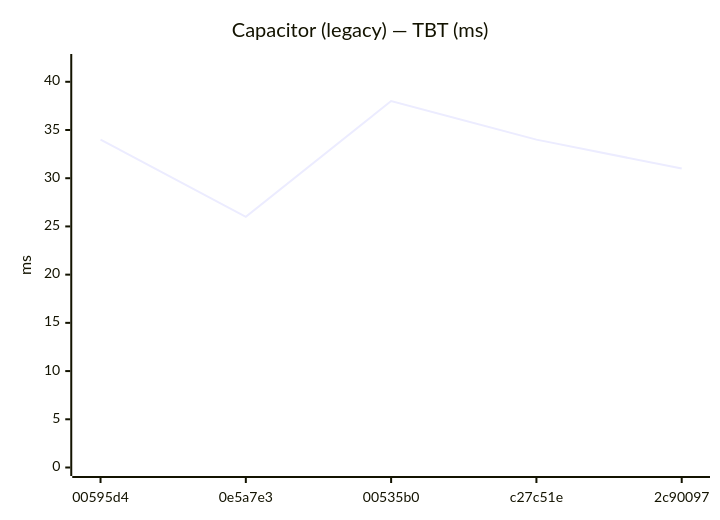
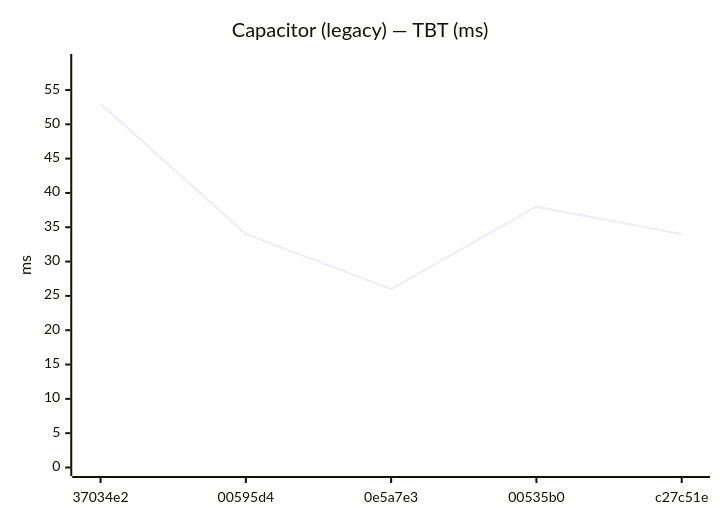
Before and after one commit to Metaheurist/Rianell: diagram 14 of 24 in benchmarks/compare.md, drawn with Mermaid. The commit also changed other lines of this file and 12 other files, not shown here.

````diff
--- a/benchmarks/compare.md
+++ b/benchmarks/compare.md
@@ -189,7 +193,7 @@
 ```mermaid
 xychart-beta
     title "Capacitor (legacy) — TBT (ms)"
-    x-axis ["00595d4", "0e5a7e3", "00535b0", "c27c51e", "2c90097"]
-    y-axis "ms" 0 --> 42
-    line [34, 26, 38, 34, 31]
+    x-axis ["37034e2", "00595d4", "0e5a7e3", "00535b0", "c27c51e"]
+    y-axis "ms" 0 --> 59
+    line [53, 34, 26, 38, 34]
 ```
````
